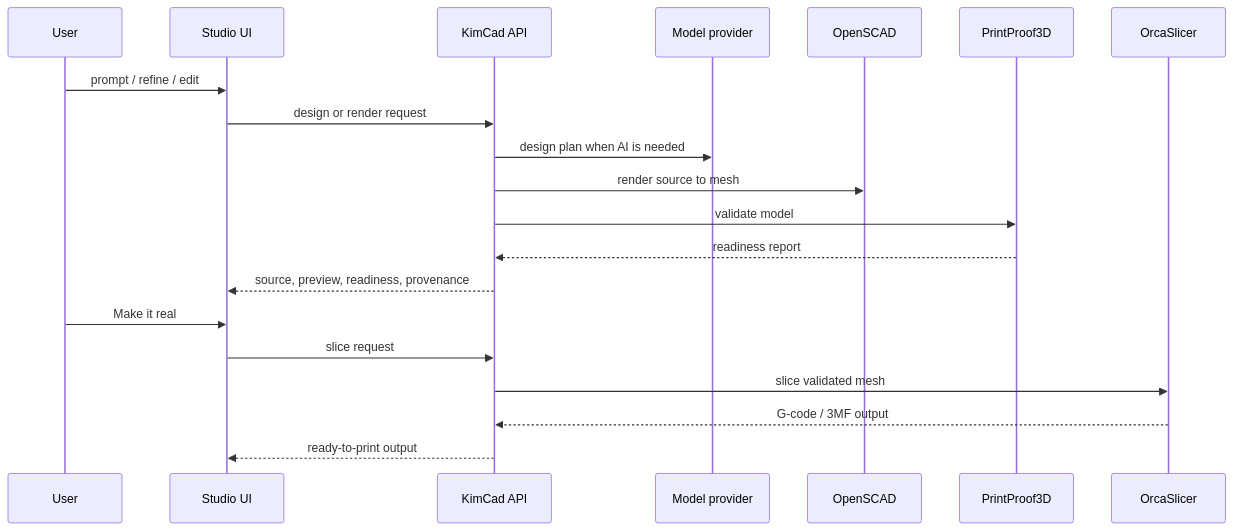
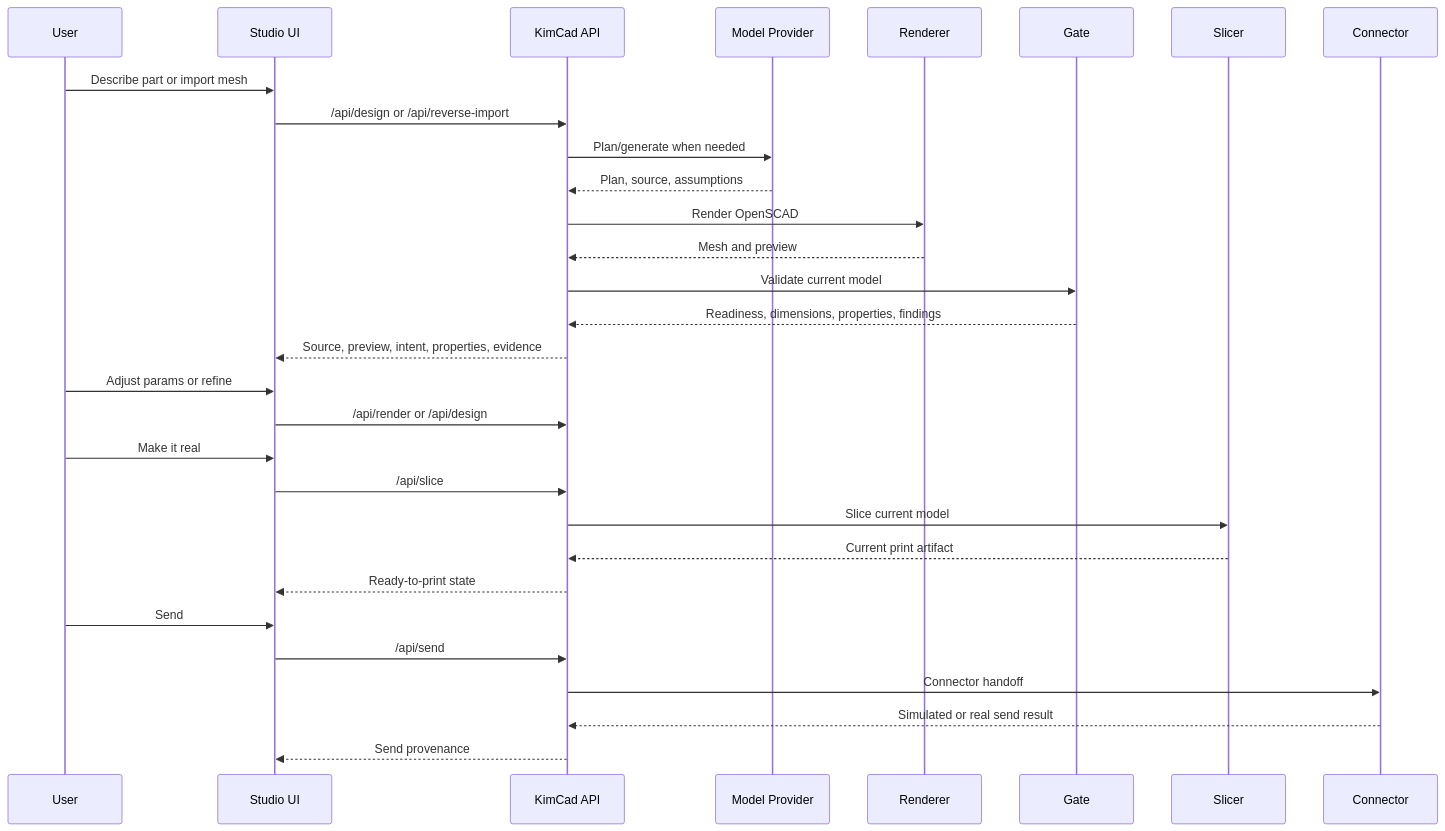
Before and after one commit to scottconverse/TinkerQuarry: the second of 5 diagrams in docs/ARCHITECTURE.md, drawn with Mermaid. The commit also changed other lines of this file and 48 other files, not shown here.

````diff
--- a/docs/ARCHITECTURE.md
+++ b/docs/ARCHITECTURE.md
@@ -51,22 +63,33 @@
 ```mermaid
 sequenceDiagram
   participant U as User
   participant UI as Studio UI
   participant E as KimCad API
-  participant M as Model provider
-  participant O as OpenSCAD
-  participant P as PrintProof3D
-  participant S as OrcaSlicer
-  U->>UI: prompt / refine / edit
-  UI->>E: design or render request
-  E->>M: design plan when AI is needed
-  E->>O: render source to mesh
-  E->>P: validate model
-  P-->>E: readiness report
-  E-->>UI: source, preview, readiness, provenance
+  participant M as Model Provider
+  participant R as Renderer
+  participant G as Gate
+  participant S as Slicer
+  participant C as Connector
+
+  U->>UI: Describe part or import mesh
+  UI->>E: /api/design or /api/reverse-import
+  E->>M: Plan/generate when needed
+  M-->>E: Plan, source, assumptions
+  E->>R: Render OpenSCAD
+  R-->>E: Mesh and preview
+  E->>G: Validate current model
+  G-->>E: Readiness, dimensions, properties, findings
+  E-->>UI: Source, preview, intent, properties, evidence
+  U->>UI: Adjust params or refine
+  UI->>E: /api/render or /api/design
   U->>UI: Make it real
-  UI->>E: slice request
-  E->>S: slice validated mesh
-  S-->>E: G-code / 3MF output
-  E-->>UI: ready-to-print output
+  UI->>E: /api/slice
+  E->>S: Slice current model
+  S-->>E: Current print artifact
+  E-->>UI: Ready-to-print state
+  U->>UI: Send
+  UI->>E: /api/send
+  E->>C: Connector handoff
+  C-->>E: Simulated or real send result
+  E-->>UI: Send provenance
 ```
````
